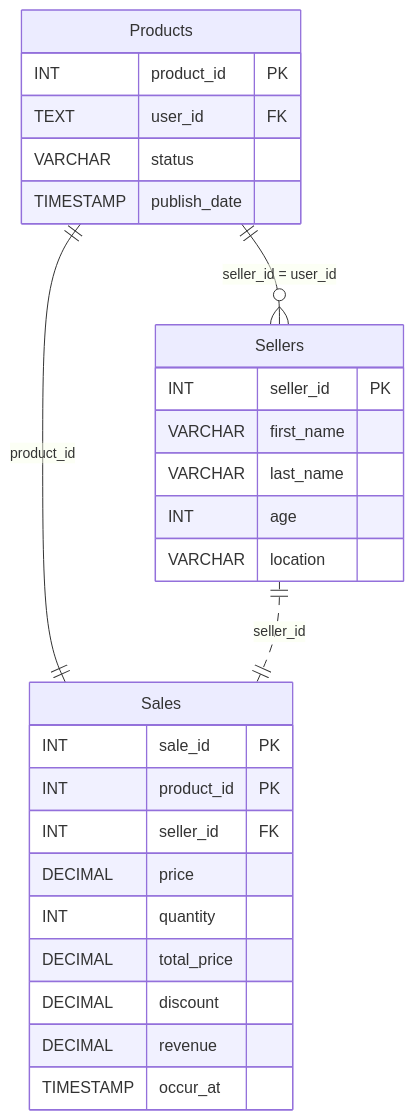
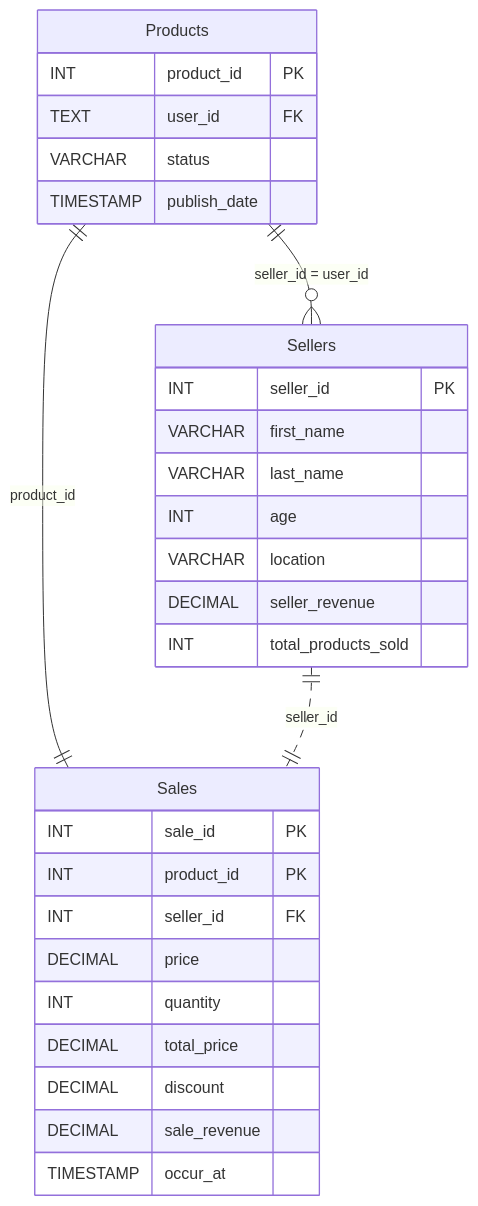
One commit to yousefashrafsaleh91/datadriven-practice changed the diagram in practice/data_modeling/a-number-for-the-seller/README.md. Above: the diagram before and after it, drawn with Mermaid. The commit also changed 2 other files, not shown here.

Commit message:
Solve a-number-for-the-seller

````diff
--- a/practice/data_modeling/a-number-for-the-seller/README.md
+++ b/practice/data_modeling/a-number-for-the-seller/README.md
@@ -18,30 +18,32 @@
 ```mermaid
 erDiagram
     Sellers {
         INT seller_id PK
         VARCHAR first_name
         VARCHAR last_name
         INT age
         VARCHAR location
+        DECIMAL seller_revenue
+        INT total_products_sold
     }
     Products {
         INT product_id PK
         TEXT user_id FK
         VARCHAR status
         TIMESTAMP publish_date
     }
     Sales {
         INT sale_id PK
         INT product_id PK
         INT seller_id FK
         DECIMAL price
         INT quantity
         DECIMAL total_price
         DECIMAL discount
-        DECIMAL revenue
+        DECIMAL sale_revenue
         TIMESTAMP occur_at
     }
     Products only one to zero or more Sellers : "seller_id = user_id"
     Products only one to only one Sales : "product_id"
     Sellers only one optionally to only one Sales : "seller_id"
 ```
````
